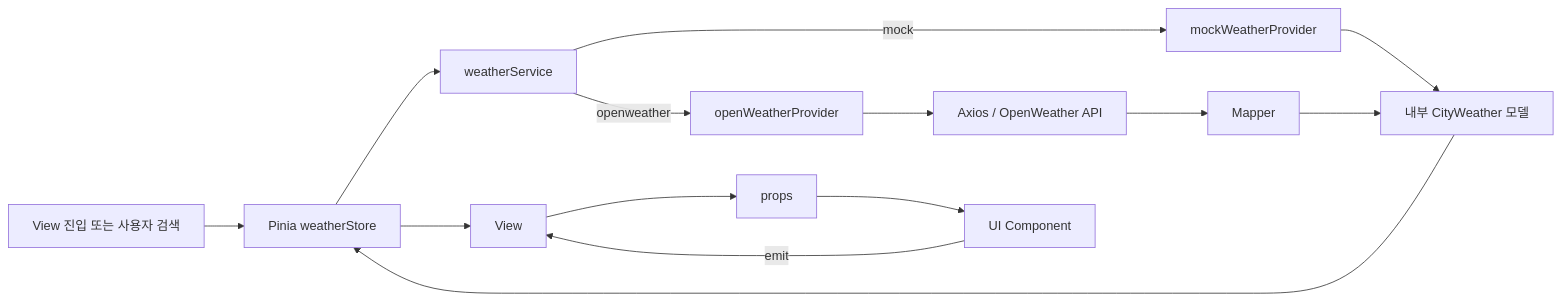
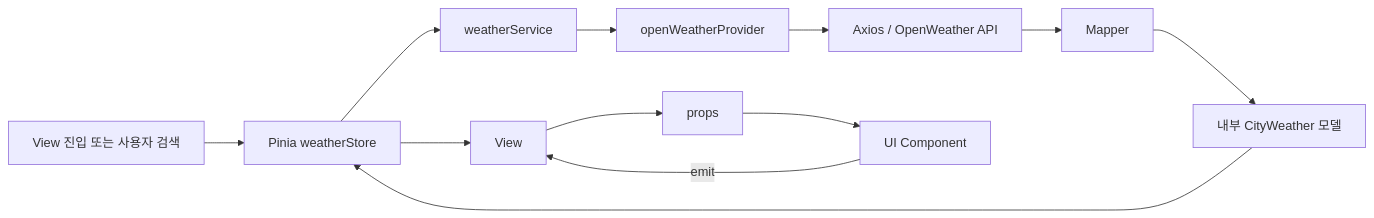
Before and after one commit to dwk0714/skala-vue: the diagram in README.md, drawn with Mermaid. The commit also changed other lines of this file and 14 other files, not shown here.

Commit message:
Remove mock data for live API deployment

````diff
--- a/README.md
+++ b/README.md
@@ -594,16 +573,14 @@
 ```mermaid
 flowchart LR
     A[View 진입 또는 사용자 검색] --> B[Pinia weatherStore]
     B --> C[weatherService]
-    C -->|mock| D[mockWeatherProvider]
-    C -->|openweather| E[openWeatherProvider]
-    E --> F[Axios / OpenWeather API]
-    F --> G[Mapper]
-    D --> H[내부 CityWeather 모델]
-    G --> H
-    H --> B
+    C --> D[openWeatherProvider]
+    D --> E[Axios / OpenWeather API]
+    E --> F[Mapper]
+    F --> G[내부 CityWeather 모델]
+    G --> B
     B --> I[View]
     I --> J[props]
     J --> K[UI Component]
     K -->|emit| I
 ```
````
